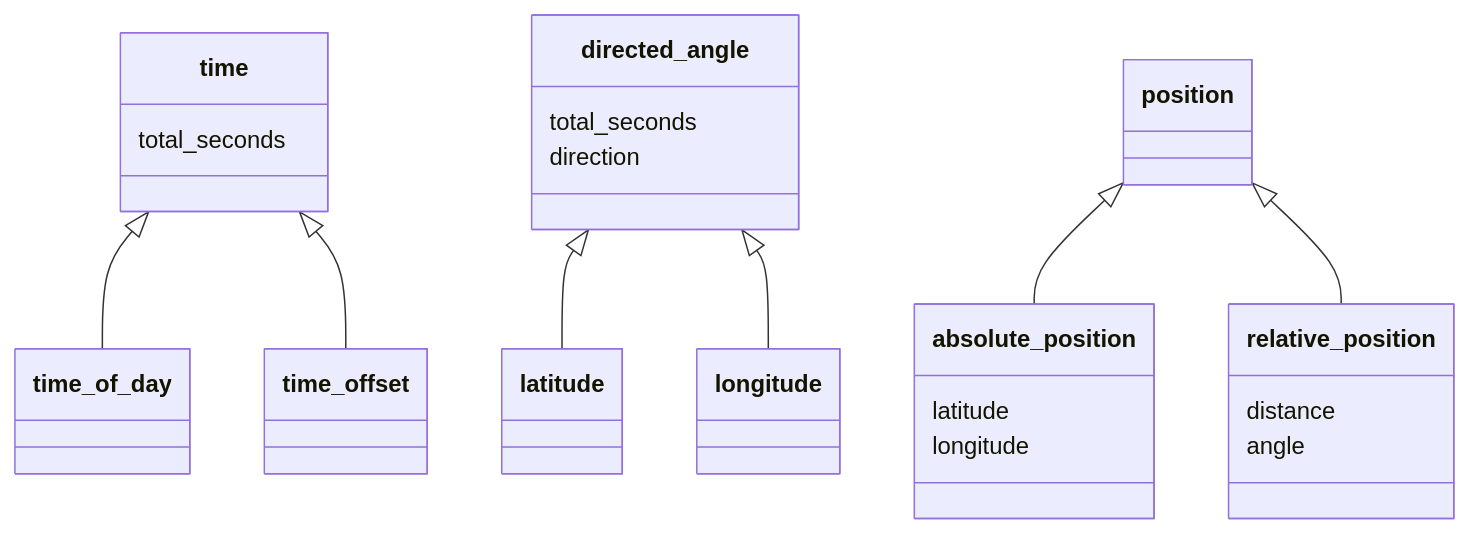
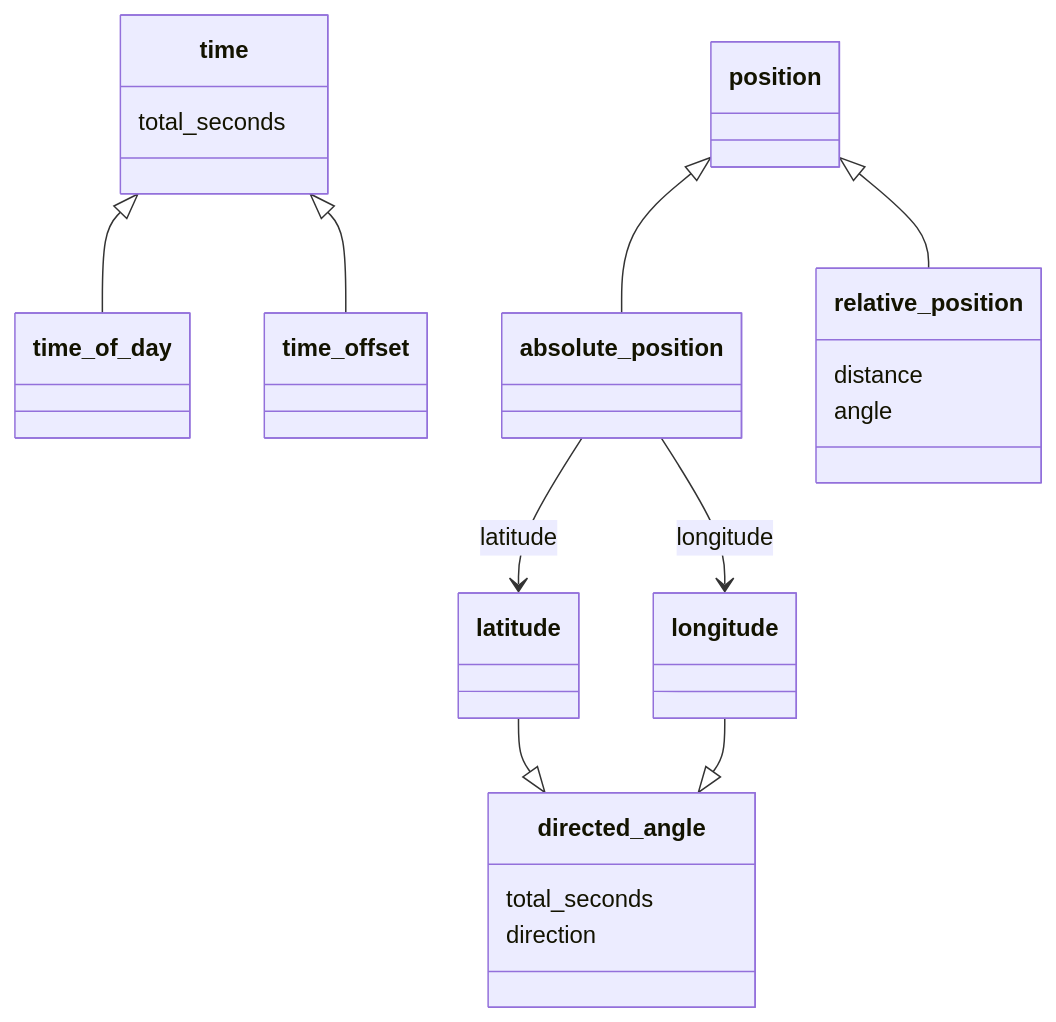
Before and after one commit to fraya/dylan-programming-book: the diagram in doc/architecture.md, drawn with Mermaid.

Commit message:
Express relations instead of slots

````diff
--- a/doc/architecture.md
+++ b/doc/architecture.md
@@ -5,25 +5,25 @@
 ```mermaid
 classDiagram
       class time
       time : total_seconds
       
       time <|-- time_of_day
       time <|-- time_offset
 
       class directed_angle
       directed_angle : total_seconds
       directed_angle : direction
-      
-      directed_angle <|-- latitude
-      directed_angle <|-- longitude
+
+      latitude  --|> directed_angle
+      longitude --|> directed_angle
 
       class position
       position <|-- absolute_position
-      
-      absolute_position : latitude
-      absolute_position : longitude
+
+      absolute_position --> latitude : latitude
+      absolute_position --> longitude : longitude
 
       position <|-- relative_position
       relative_position : distance
-      relative_position : angle
+      relative_position : angle	
 ```
````
